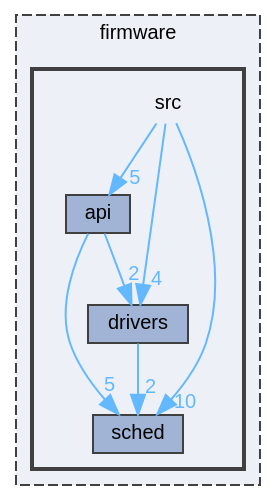
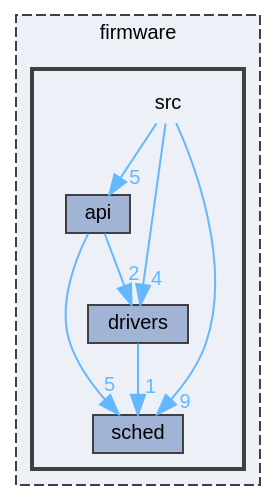
One commit to Ghaadyy/elevator-controller changed the diagram in dev/dir_c898ccd6027d5da3247aa855d21ca2cf_dep.dot. Above: the diagram before and after it, drawn with Graphviz. The commit also changed 90 other files, not shown here.

```diff
--- a/dev/dir_c898ccd6027d5da3247aa855d21ca2cf_dep.dot
+++ b/dev/dir_c898ccd6027d5da3247aa855d21ca2cf_dep.dot
@@ -1,24 +1,24 @@
 digraph "firmware/src"
 {
  // LATEX_PDF_SIZE
   bgcolor="transparent";
   edge [fontname=Helvetica,fontsize=10,labelfontname=Helvetica,labelfontsize=10];
   node [fontname=Helvetica,fontsize=10,shape=box,height=0.2,width=0.4];
   compound=true
   subgraph clusterdir_d9edf6c004b4a7ff14fe9ae7a92214ee {
     graph [ bgcolor="#edf0f7", pencolor="grey25", label="firmware", fontname=Helvetica,fontsize=10 style="filled,dashed", URL="dir_d9edf6c004b4a7ff14fe9ae7a92214ee.html",tooltip=""]
   subgraph clusterdir_c898ccd6027d5da3247aa855d21ca2cf {
     graph [ bgcolor="#edf0f7", pencolor="grey25", label="", fontname=Helvetica,fontsize=10 style="filled,bold", URL="dir_c898ccd6027d5da3247aa855d21ca2cf.html",tooltip=""]
     dir_c898ccd6027d5da3247aa855d21ca2cf [shape=plaintext, label="src"];
   dir_18ac01a18bb8b208f27c88345941c779 [label="api", fillcolor="#a2b4d6", color="grey25", style="filled", URL="dir_18ac01a18bb8b208f27c88345941c779.html",tooltip=""];
   dir_e200633b3c29dcc6afc0356839fb5e29 [label="drivers", fillcolor="#a2b4d6", color="grey25", style="filled", URL="dir_e200633b3c29dcc6afc0356839fb5e29.html",tooltip=""];
   dir_7823007820cfe4d1a4ad04f11c50e251 [label="sched", fillcolor="#a2b4d6", color="grey25", style="filled", URL="dir_7823007820cfe4d1a4ad04f11c50e251.html",tooltip=""];
   }
   }
   dir_c898ccd6027d5da3247aa855d21ca2cf->dir_18ac01a18bb8b208f27c88345941c779 [headlabel="5", labeldistance=1.5 headhref="dir_000004_000000.html" href="dir_000004_000000.html" color="steelblue1" fontcolor="steelblue1"];
-  dir_c898ccd6027d5da3247aa855d21ca2cf->dir_7823007820cfe4d1a4ad04f11c50e251 [headlabel="10", labeldistance=1.5 headhref="dir_000004_000003.html" href="dir_000004_000003.html" color="steelblue1" fontcolor="steelblue1"];
+  dir_c898ccd6027d5da3247aa855d21ca2cf->dir_7823007820cfe4d1a4ad04f11c50e251 [headlabel="9", labeldistance=1.5 headhref="dir_000004_000003.html" href="dir_000004_000003.html" color="steelblue1" fontcolor="steelblue1"];
   dir_c898ccd6027d5da3247aa855d21ca2cf->dir_e200633b3c29dcc6afc0356839fb5e29 [headlabel="4", labeldistance=1.5 headhref="dir_000004_000001.html" href="dir_000004_000001.html" color="steelblue1" fontcolor="steelblue1"];
   dir_18ac01a18bb8b208f27c88345941c779->dir_7823007820cfe4d1a4ad04f11c50e251 [headlabel="5", labeldistance=1.5 headhref="dir_000000_000003.html" href="dir_000000_000003.html" color="steelblue1" fontcolor="steelblue1"];
   dir_18ac01a18bb8b208f27c88345941c779->dir_e200633b3c29dcc6afc0356839fb5e29 [headlabel="2", labeldistance=1.5 headhref="dir_000000_000001.html" href="dir_000000_000001.html" color="steelblue1" fontcolor="steelblue1"];
-  dir_e200633b3c29dcc6afc0356839fb5e29->dir_7823007820cfe4d1a4ad04f11c50e251 [headlabel="2", labeldistance=1.5 headhref="dir_000001_000003.html" href="dir_000001_000003.html" color="steelblue1" fontcolor="steelblue1"];
+  dir_e200633b3c29dcc6afc0356839fb5e29->dir_7823007820cfe4d1a4ad04f11c50e251 [headlabel="1", labeldistance=1.5 headhref="dir_000001_000003.html" href="dir_000001_000003.html" color="steelblue1" fontcolor="steelblue1"];
 }
```
